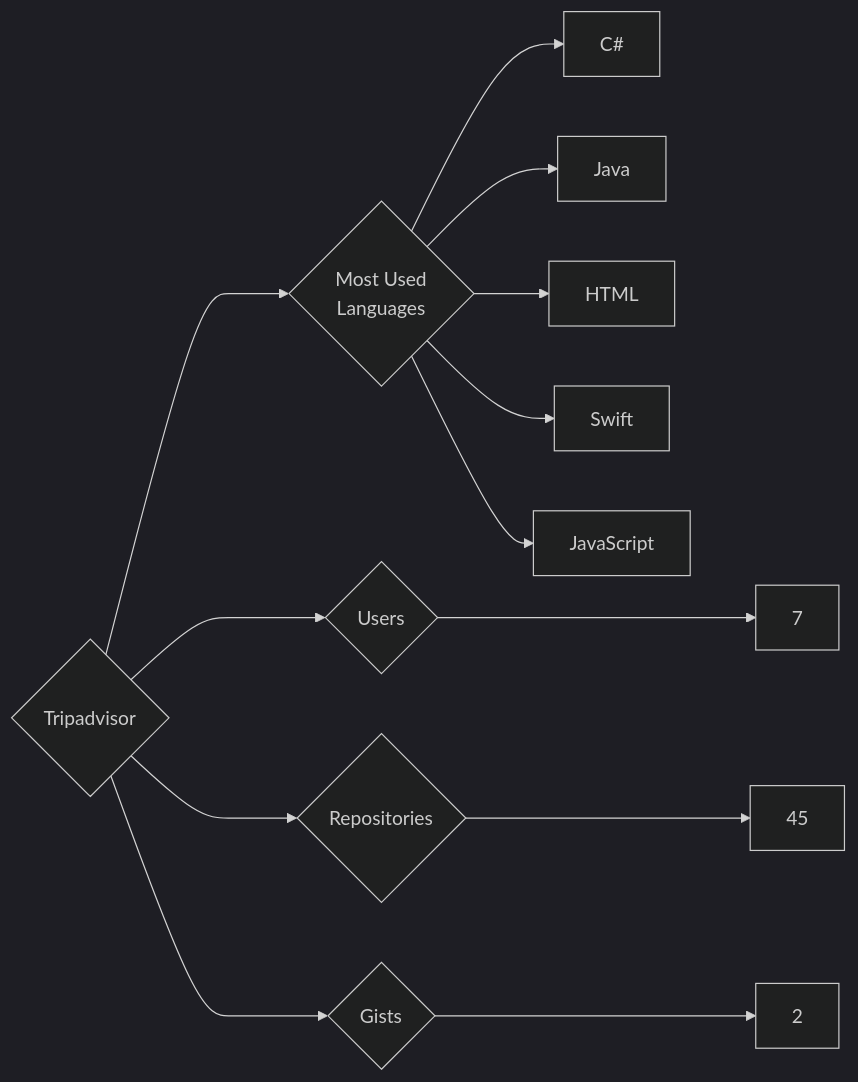
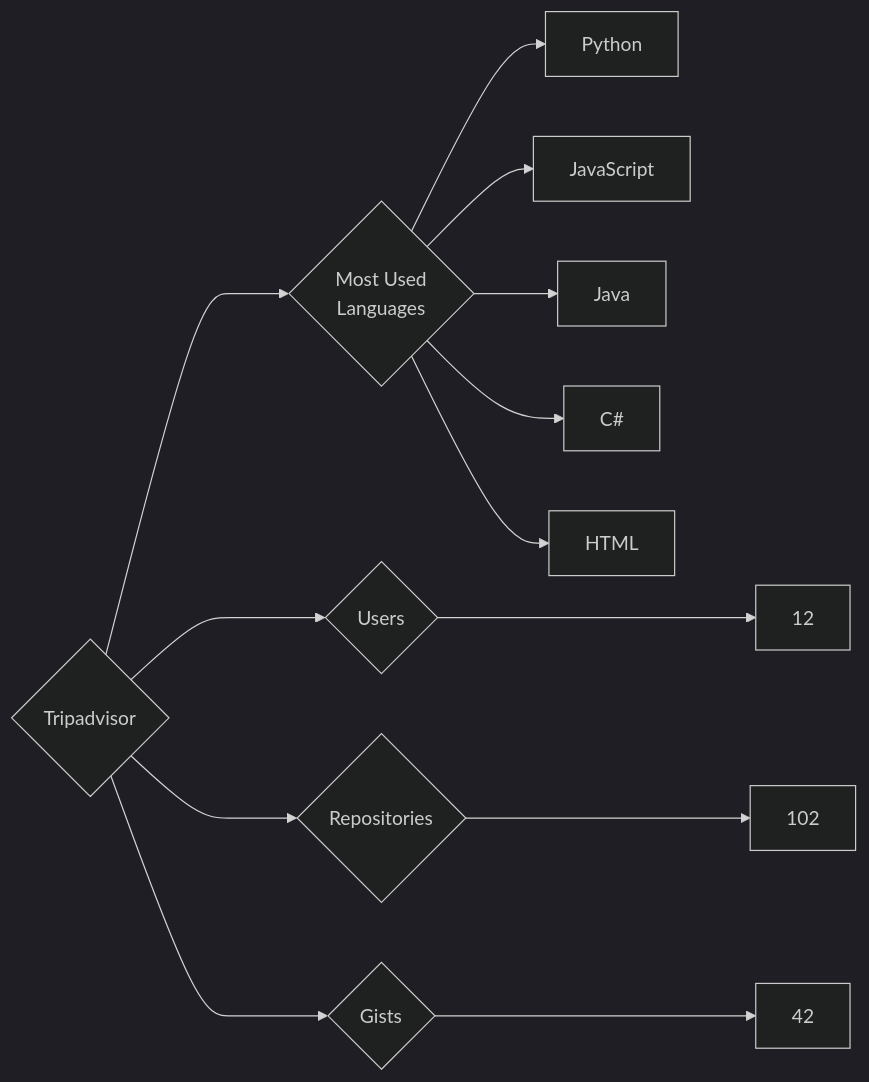
Before and after one commit to trickest/insiders: the diagram in targets/Tripadvisor/README.md, drawn with Mermaid (dark theme). The commit also changed 839 other files, not shown here.

````diff
--- a/targets/Tripadvisor/README.md
+++ b/targets/Tripadvisor/README.md
@@ -3,13 +3,13 @@
 ```mermaid
 graph LR
 COMPANY_NAME{Tripadvisor}
-COMPANY_NAME ---> U{Users} ---> UN[7]
-COMPANY_NAME ---> R{Repositories} ---> RN[45]
-COMPANY_NAME ---> G{Gists} ---> GN[2]
+COMPANY_NAME ---> U{Users} ---> UN[12]
+COMPANY_NAME ---> R{Repositories} ---> RN[102]
+COMPANY_NAME ---> G{Gists} ---> GN[42]
 COMPANY_NAME ---> ML{Most Used<br>Languages}
+ML --> Python[Python]
+ML --> JavaScript[JavaScript]
+ML --> Java[Java]
 ML --> C#[C#]
-ML --> Java[Java]
 ML --> HTML[HTML]
-ML --> Swift[Swift]
-ML --> JavaScript[JavaScript]
 ```
````
